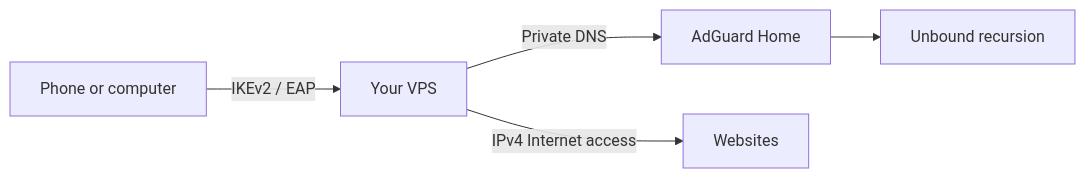
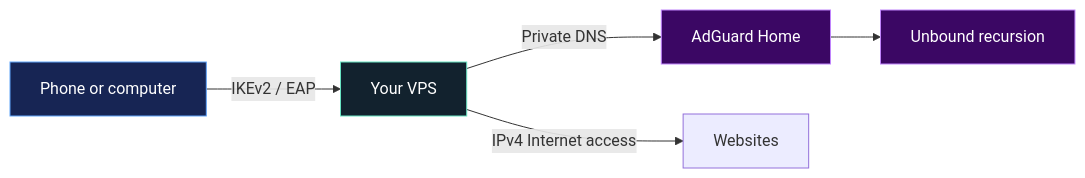
One commit to VictorBoykoV/single-vps-vpn-gateway changed the diagram in README.md. Above: the diagram before and after it, drawn with Mermaid. The commit also changed other lines of this file and 6 other files, not shown here.

````diff
--- a/README.md
+++ b/README.md
@@ -5,7 +34,14 @@
 ```mermaid
 flowchart LR
     D[Phone or computer] -->|IKEv2 / EAP| V[Your VPS]
     V -->|Private DNS| A[AdGuard Home]
     A --> U[Unbound recursion]
     V -->|IPv4 Internet access| W[Websites]
+
+    classDef client fill:#172554,stroke:#60a5fa,color:#fff
+    classDef gateway fill:#12222e,stroke:#67e3c2,color:#fff
+    classDef dns fill:#3b0764,stroke:#c084fc,color:#fff
+    class D client
+    class V gateway
+    class A,U dns
 ```
````
